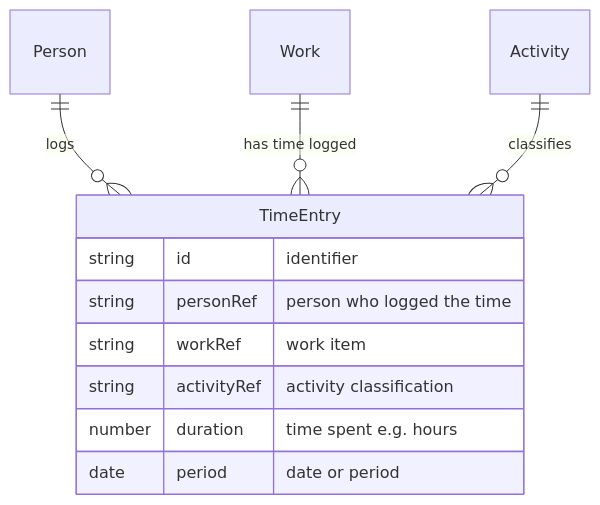
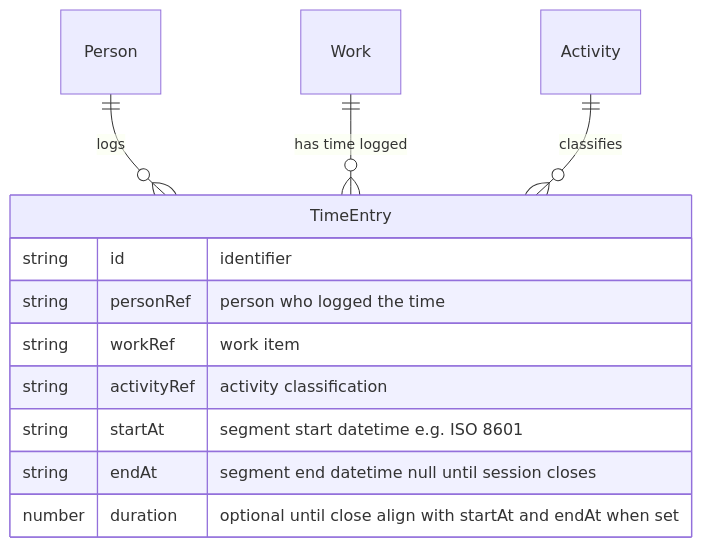
The diagram in entities/time-entry.md (ZR000X/company-software-development), drawn with Mermaid before and after one commit. The commit also changed other lines of this file and 10 other files, not shown here.

````diff
--- a/entities/time-entry.md
+++ b/entities/time-entry.md
@@ -7,14 +23,15 @@
 ```mermaid
 erDiagram
     Person ||--o{ TimeEntry : "logs"
     Work ||--o{ TimeEntry : "has time logged"
     Activity ||--o{ TimeEntry : "classifies"
     TimeEntry {
         string id "identifier"
         string personRef "person who logged the time"
         string workRef "work item"
         string activityRef "activity classification"
-        number duration "time spent e.g. hours"
-        date period "date or period"
+        string startAt "segment start datetime e.g. ISO 8601"
+        string endAt "segment end datetime null until session closes"
+        number duration "optional until close align with startAt and endAt when set"
     }
 ```
````
